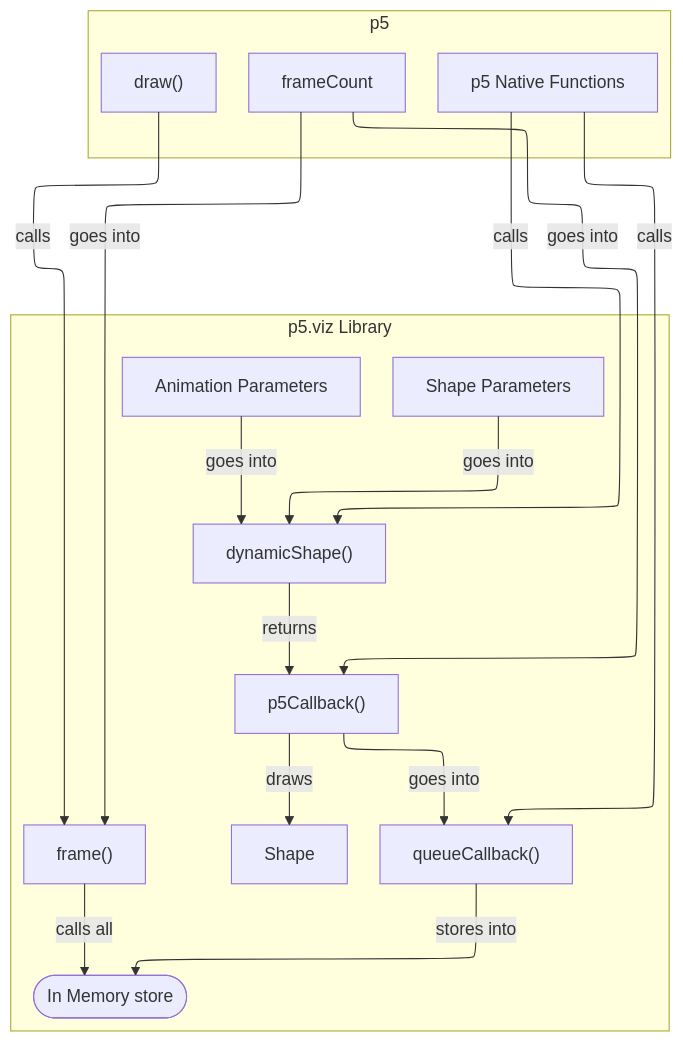
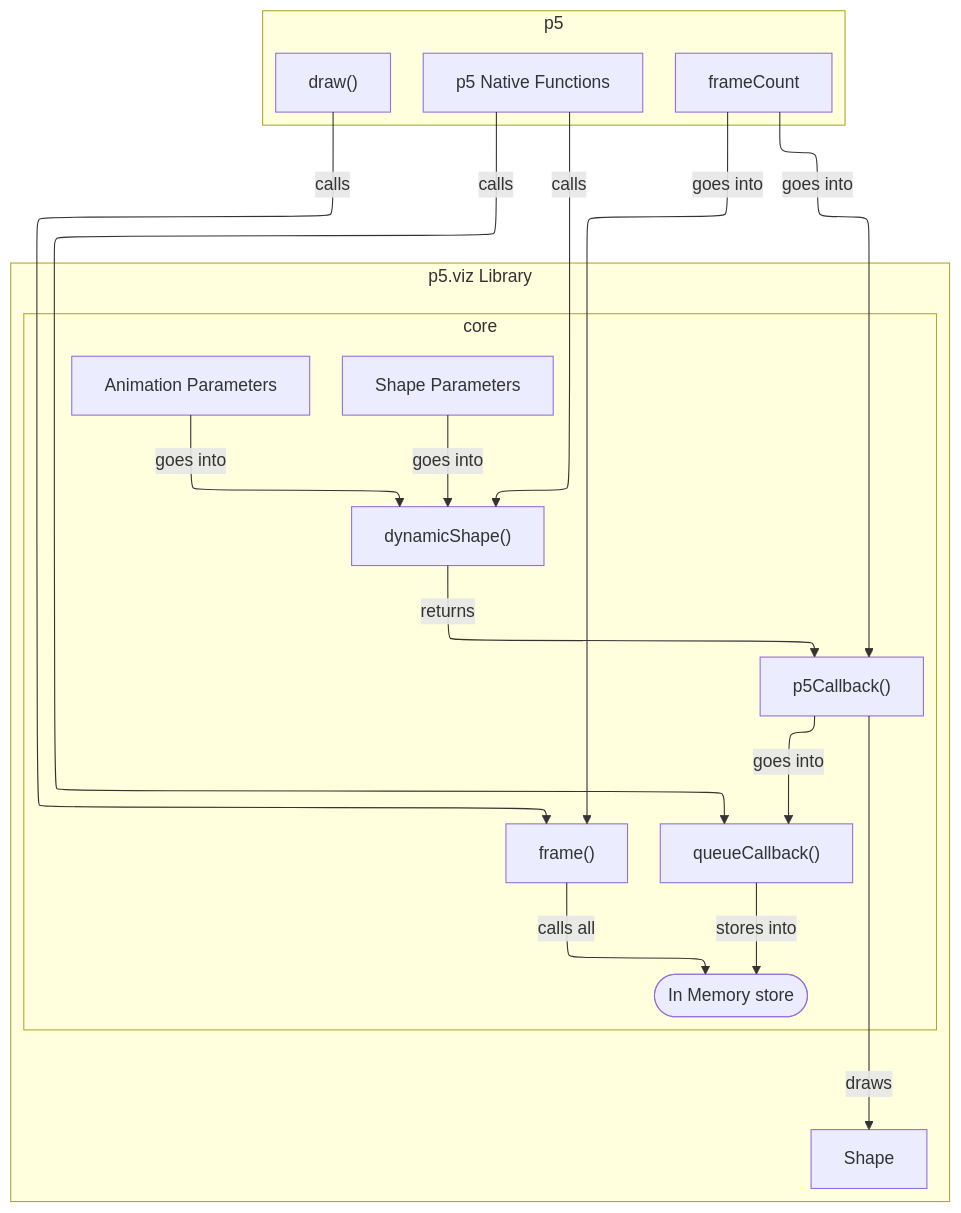
One commit to SuvabrataChowdhury/p5.viz changed the second of 2 diagrams in README.md. Above: the diagram before and after it, drawn with Mermaid. The commit also changed other lines of this file and 7 other files, not shown here.

````diff
--- a/README.md
+++ b/README.md
@@ -81,34 +81,37 @@
 ```mermaid
 ---
 config:
   layout: elk
 ---
 flowchart TB
     subgraph p5["p5"]
         direction LR
         p5NativeFn["p5 Native Functions"]
         draw["draw()"]
         frameCount["frameCount"]
     end
-    subgraph s1["p5.viz Library"]
-        shapeParams["Shape Parameters"]
-        animationParams["Animation Parameters"]
-        dynamicShape["dynamicShape()"]
-        p5Callback["p5Callback()"]
+    subgraph library["p5.viz Library"]
+        subgraph core["core"]
+            shapeParams["Shape Parameters"]
+            animationParams["Animation Parameters"]
+            dynamicShape["dynamicShape()"]
+            p5Callback["p5Callback()"]
+            callbacks(["In Memory store"])
+            queueCallback["queueCallback()"]
+            frame["frame()"]
+        end
+
         shape["Shape"]
-        queueCallback["queueCallback()"]
-        p5Callbacks(["In Memory store"])
-        frame["frame()"]
     end
     shapeParams -- goes into --> dynamicShape
     animationParams -- goes into --> dynamicShape
     dynamicShape -- returns --> p5Callback
     frameCount -- goes into --> p5Callback & frame
     p5Callback -- draws --> shape
     p5Callback -- goes into --> queueCallback
-    queueCallback -- stores into --> p5Callbacks
+    queueCallback -- stores into --> callbacks
     draw -- calls --> frame
-    frame -- calls all --> p5Callbacks
+    frame -- calls all --> callbacks
     p5NativeFn -- calls --> dynamicShape
     p5NativeFn -- calls --> queueCallback
 ```
````
